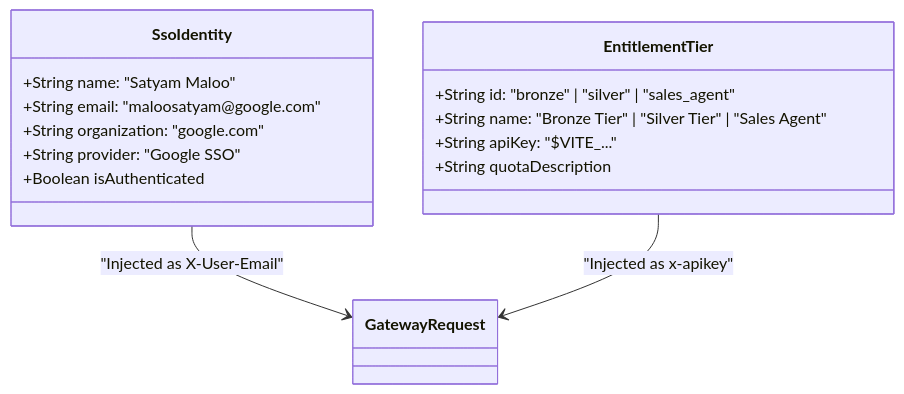
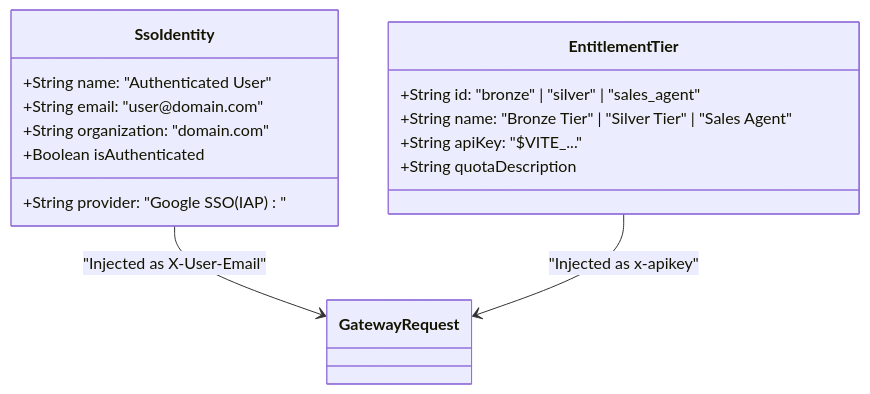
Before and after one commit to yem0428/apigee-ai-gateway-demo: the second of 3 diagrams in docs/apigee_ai_gateway_demo_design.md, drawn with Mermaid. The commit also changed other lines of this file and 10 other files, not shown here.

Commit message:
feat(ui): eliminate hardcoded personal email defaults and dynamically resolve SSO user from IAP

````diff
--- a/docs/apigee_ai_gateway_demo_design.md
+++ b/docs/apigee_ai_gateway_demo_design.md
@@ -106,20 +106,20 @@
 ```mermaid
 classDiagram
     class SsoIdentity {
-        +String name: "Satyam Maloo"
-        +String email: "maloosatyam@google.com"
-        +String organization: "google.com"
-        +String provider: "Google SSO"
+        +String name: "Authenticated User"
+        +String email: "user@domain.com"
+        +String organization: "domain.com"
+        +String provider: "Google SSO (IAP)"
         +Boolean isAuthenticated
     }
 
     class EntitlementTier {
         +String id: "bronze" | "silver" | "sales_agent"
         +String name: "Bronze Tier" | "Silver Tier" | "Sales Agent"
         +String apiKey: "$VITE_..."
         +String quotaDescription
     }
 
     SsoIdentity --> GatewayRequest : "Injected as X-User-Email"
     EntitlementTier --> GatewayRequest : "Injected as x-apikey"
 ```
````
